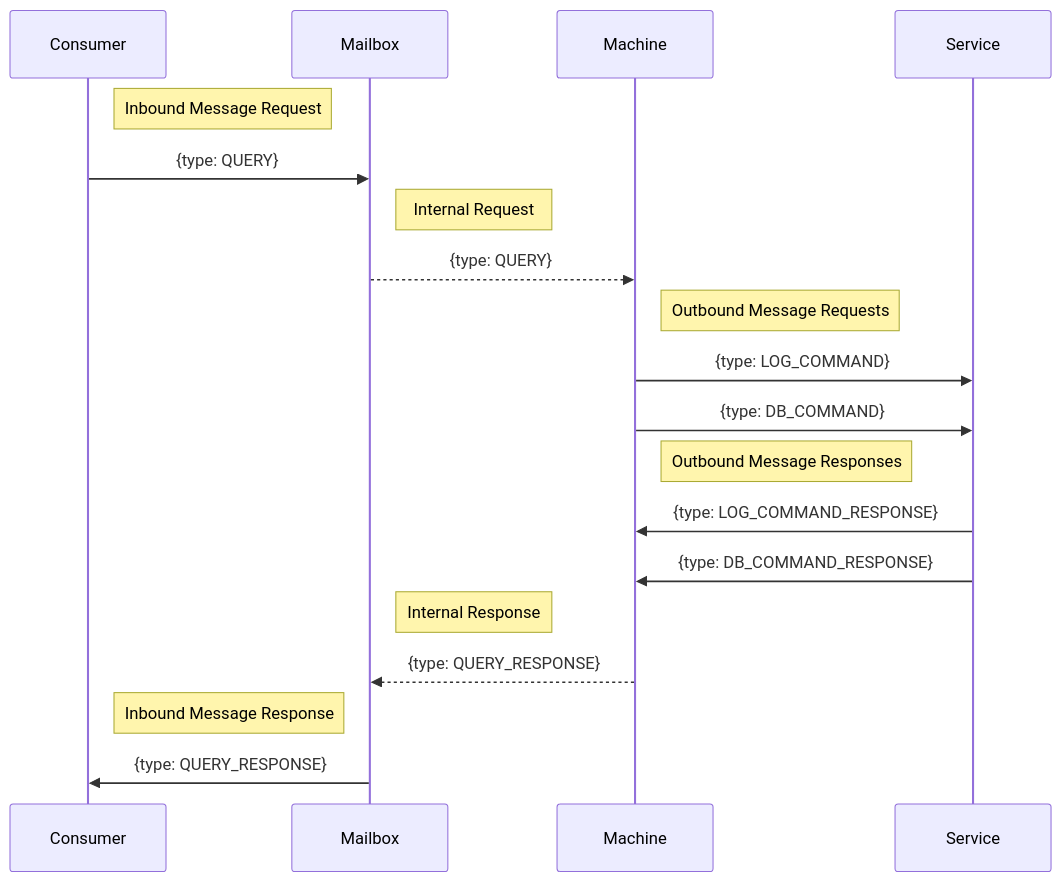
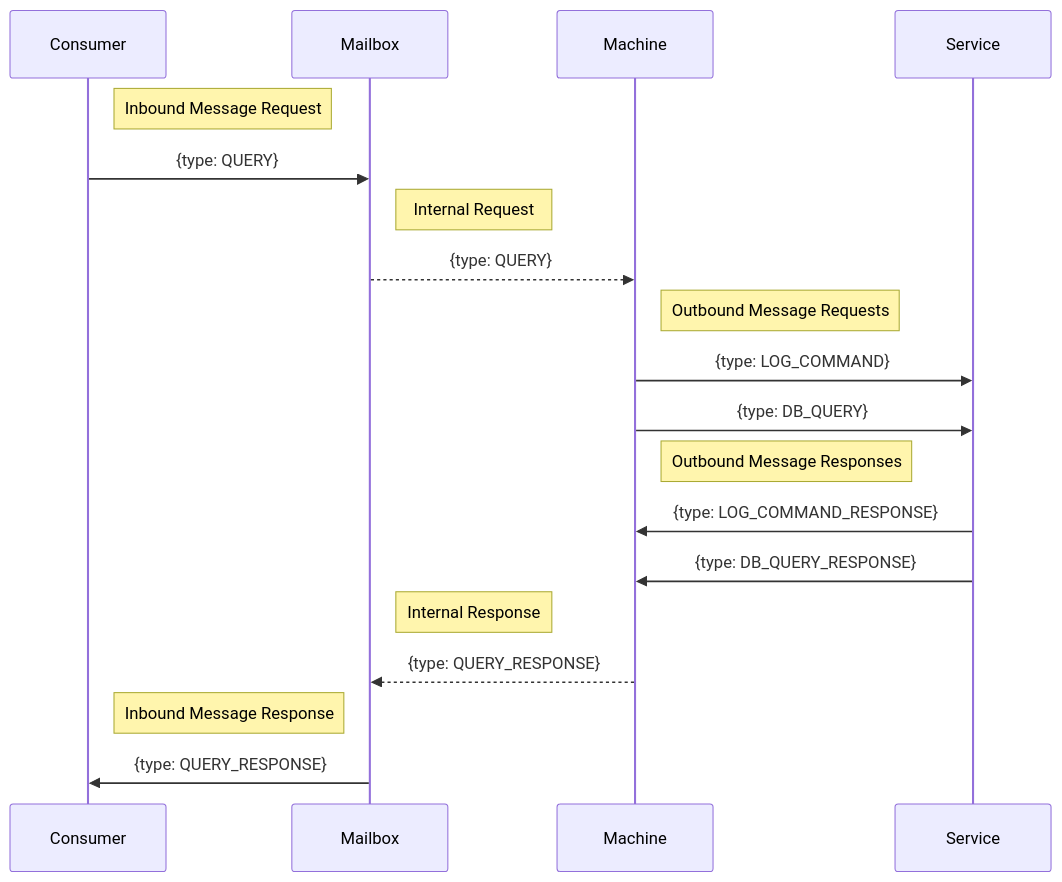
Before and after one commit to huan/mailbox: the diagram in README.md, drawn with Mermaid.

Commit message:
better name

````diff
--- a/README.md
+++ b/README.md
@@ -268,22 +268,22 @@
 ```mermaid
 sequenceDiagram
   participant Consumer
   participant Mailbox
   participant Machine
   participant Service
 
   Note right of Consumer: Inbound Message Request
   Consumer->>Mailbox: {type: QUERY}
   Note right of Mailbox: Internal Request
   Mailbox-->>Machine: {type: QUERY}
   Note right of Machine: Outbound Message Requests
   Machine->>Service: {type: LOG_COMMAND}
-  Machine->>Service: {type: DB_COMMAND}
+  Machine->>Service: {type: DB_QUERY}
   Note right of Machine: Outbound Message Responses
   Service->>Machine: {type: LOG_COMMAND_RESPONSE}
-  Service->>Machine: {type: DB_COMMAND_RESPONSE}
+  Service->>Machine: {type: DB_QUERY_RESPONSE}
   Note right of Mailbox: Internal Response
   Machine-->>Mailbox: {type: QUERY_RESPONSE}
   Note right of Consumer: Inbound Message Response
   Mailbox->>Consumer: {type: QUERY_RESPONSE}
 ```
````
